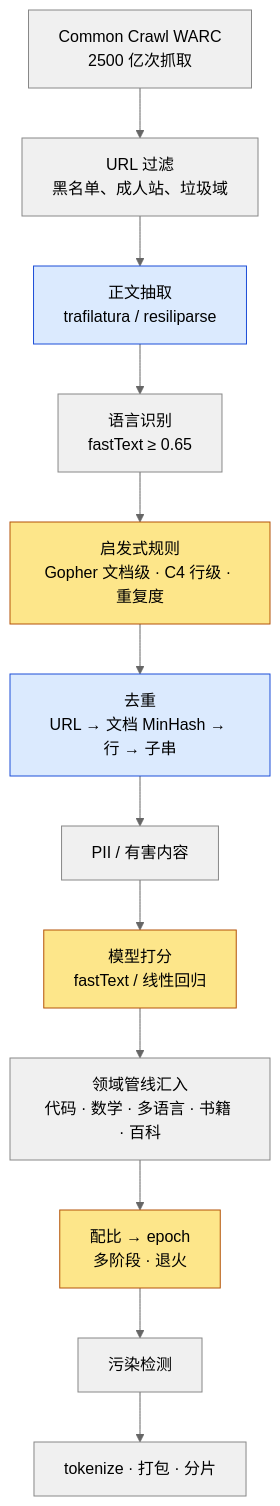
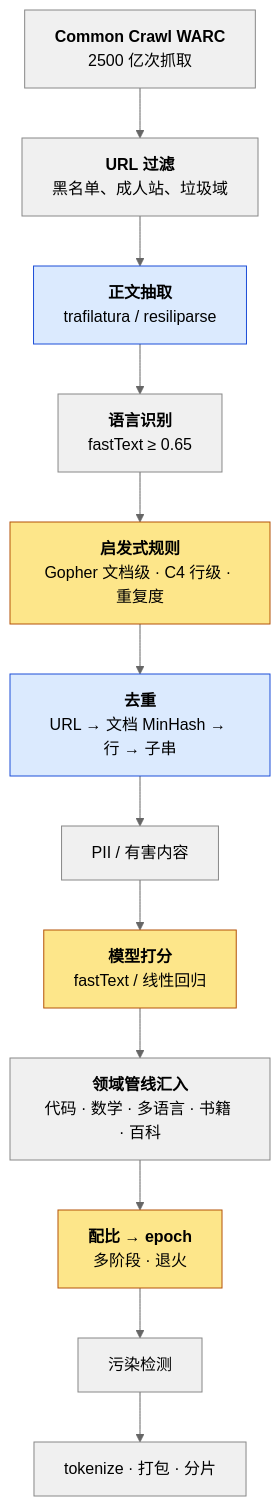
Before and after one commit to arganzheng/arganzheng.github.com: the second of 2 diagrams in _posts/2026-04-12-pretraining-data-pipeline-dedup-filtering-and-mixture.md, drawn with Mermaid (neutral theme). The commit also changed other lines of this file and 5 other files, not shown here.

First line of the commit message:
预训练：从 tokenizer 到训练配方：Mermaid 多行方框的首行标为标题（6 篇）

````diff
--- a/_posts/2026-04-12-pretraining-data-pipeline-dedup-filtering-and-mixture.md
+++ b/_posts/2026-04-12-pretraining-data-pipeline-dedup-filtering-and-mixture.md
@@ -60,22 +60,22 @@
 ```mermaid
 %% 图：预训练数据管线全貌：从 Common Crawl 抓取到 tokenize 打包，中间是过滤、去重、打分、配比与污染检测
 flowchart TB
-    CC["Common Crawl WARC<br/>2500 亿次抓取"] --> URL["URL 过滤<br/>黑名单、成人站、垃圾域"]
-    URL --> EX["正文抽取<br/>trafilatura / resiliparse"]
-    EX --> LID["语言识别<br/>fastText ≥ 0.65"]
-    LID --> H["启发式规则<br/>Gopher 文档级 · C4 行级 · 重复度"]
-    H --> DD["去重<br/>URL → 文档 MinHash → 行 → 子串"]
+    CC["<b>Common Crawl WARC</b><br/>2500 亿次抓取"] --> URL["<b>URL 过滤</b><br/>黑名单、成人站、垃圾域"]
+    URL --> EX["<b>正文抽取</b><br/>trafilatura / resiliparse"]
+    EX --> LID["<b>语言识别</b><br/>fastText ≥ 0.65"]
+    LID --> H["<b>启发式规则</b><br/>Gopher 文档级 · C4 行级 · 重复度"]
+    H --> DD["<b>去重</b><br/>URL → 文档 MinHash → 行 → 子串"]
     DD --> PII["PII / 有害内容"]
-    PII --> Q["模型打分<br/>fastText / 线性回归"]
-    Q --> CUR["领域管线汇入<br/>代码 · 数学 · 多语言 · 书籍 · 百科"]
-    CUR --> MIX["配比 → epoch<br/>多阶段 · 退火"]
+    PII --> Q["<b>模型打分</b><br/>fastText / 线性回归"]
+    Q --> CUR["<b>领域管线汇入</b><br/>代码 · 数学 · 多语言 · 书籍 · 百科"]
+    CUR --> MIX["<b>配比 → epoch</b><br/>多阶段 · 退火"]
     MIX --> DEC["污染检测"]
     DEC --> TOK["tokenize · 打包 · 分片"]
 
     classDef base fill:#f0f0f0,stroke:#888;
     classDef cpu fill:#dbeafe,stroke:#1d4ed8;
     classDef dec fill:#fde68a,stroke:#b45309;
     class CC,URL,LID,PII,CUR,DEC,TOK base;
     class EX,DD cpu;
     class H,Q,MIX dec;
 ```
````
